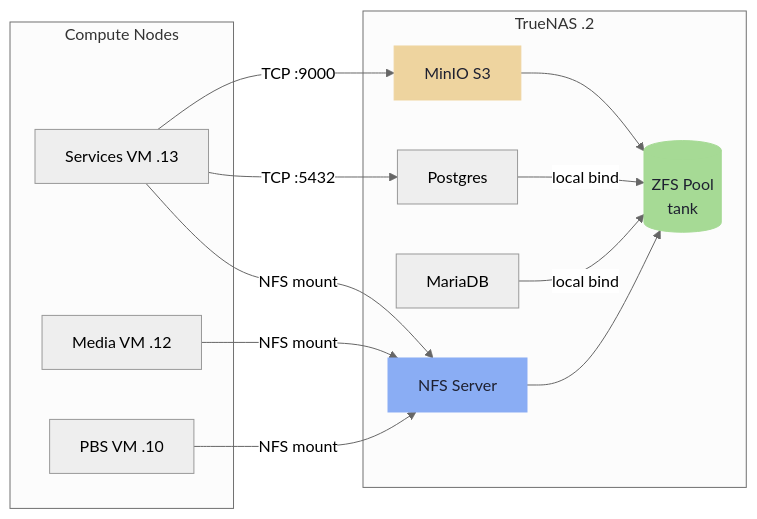
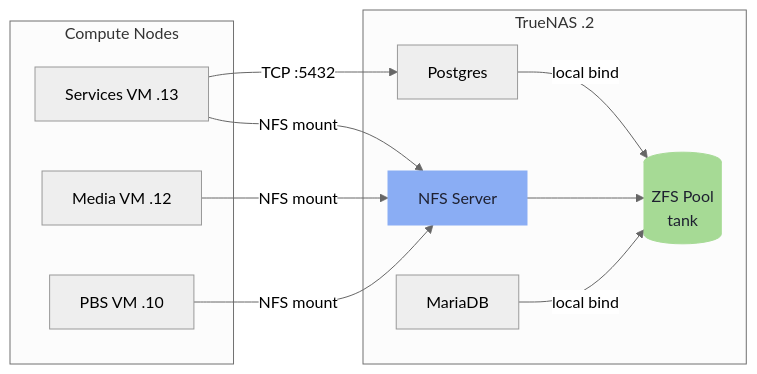
One commit to lucid-void/homelab changed the first of 2 diagrams in docs/stack/storage.md. Above: the diagram before and after it, drawn with Mermaid (neutral theme). The commit also changed other lines of this file, not shown here.

Commit message:
docs(storage): remove MinIO/S3 and Authentik; update for Zitadel and pg Tofu state

````diff
--- a/docs/stack/storage.md
+++ b/docs/stack/storage.md
@@ -17,30 +17,26 @@
 ```mermaid
 graph LR
     subgraph Compute["Compute Nodes"]
         SVC[Services VM .13]
         MED[Media VM .12]
         PBS[PBS VM .10]
     end
 
     subgraph TrueNAS["TrueNAS .2"]
         NFS[NFS Server]
         ZFS[(ZFS Pool<br/>tank)]
         PG[Postgres]
         MB[MariaDB]
-        S3[MinIO S3]
     end
 
     SVC -->|NFS mount| NFS
     MED -->|NFS mount| NFS
     PBS -->|NFS mount| NFS
     NFS --> ZFS
     SVC -->|TCP :5432| PG
-    SVC -->|TCP :9000| S3
     PG -->|local bind| ZFS
     MB -->|local bind| ZFS
-    S3 --> ZFS
 
     style ZFS fill:#a6da95,stroke:#a6da95,color:#1e2030
     style NFS fill:#8aadf4,stroke:#8aadf4,color:#1e2030
-    style S3 fill:#eed49f,stroke:#eed49f,color:#1e2030
 ```
````
